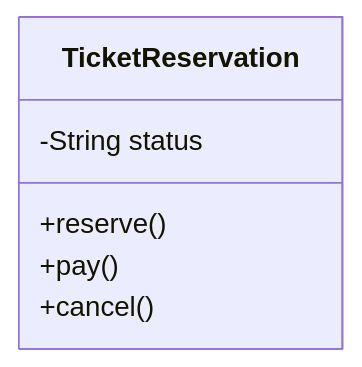
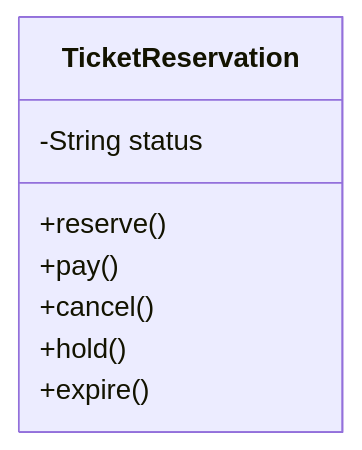
One commit to kumachan1101-pixel/DesignPattern changed the second of 8 diagrams in kindle/design-patterns/output/chapter03.md. Above: the diagram before and after it, drawn with Mermaid. The commit also changed other lines of this file and 1 other file, not shown here.

````diff
--- a/kindle/design-patterns/output/chapter03.md
+++ b/kindle/design-patterns/output/chapter03.md
@@ -80,9 +80,11 @@
 ```mermaid
 classDiagram
     class TicketReservation {
         -String status
         +reserve()
         +pay()
         +cancel()
+        +hold()
+        +expire()
     }
 ```
````
